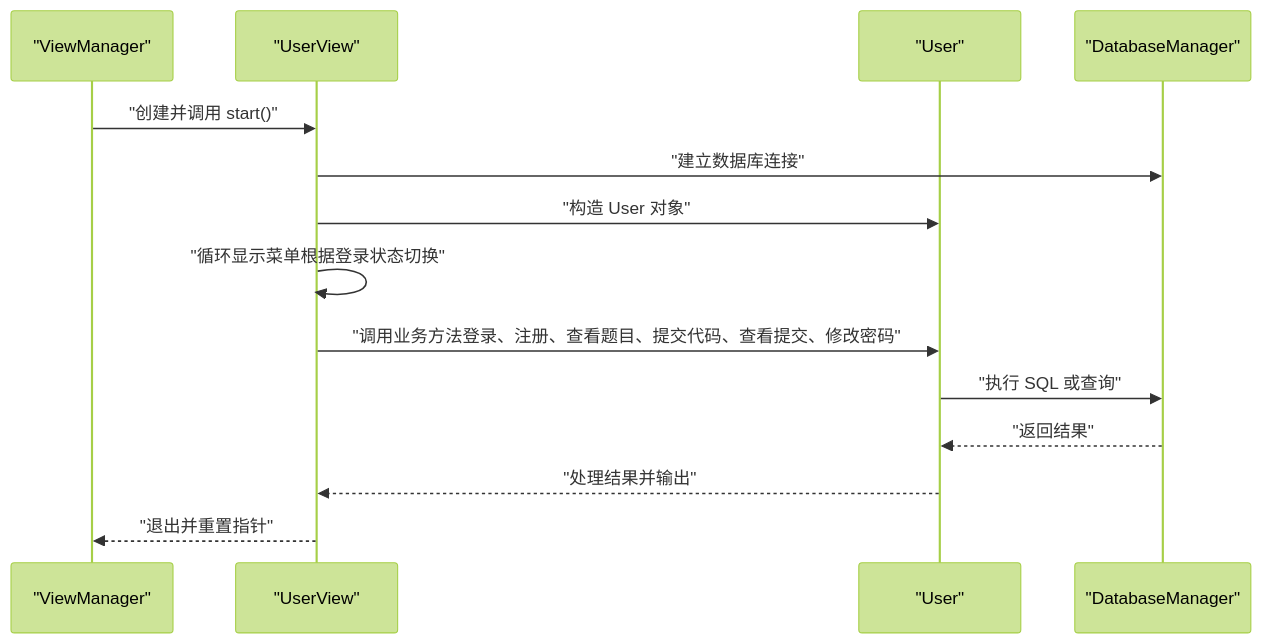
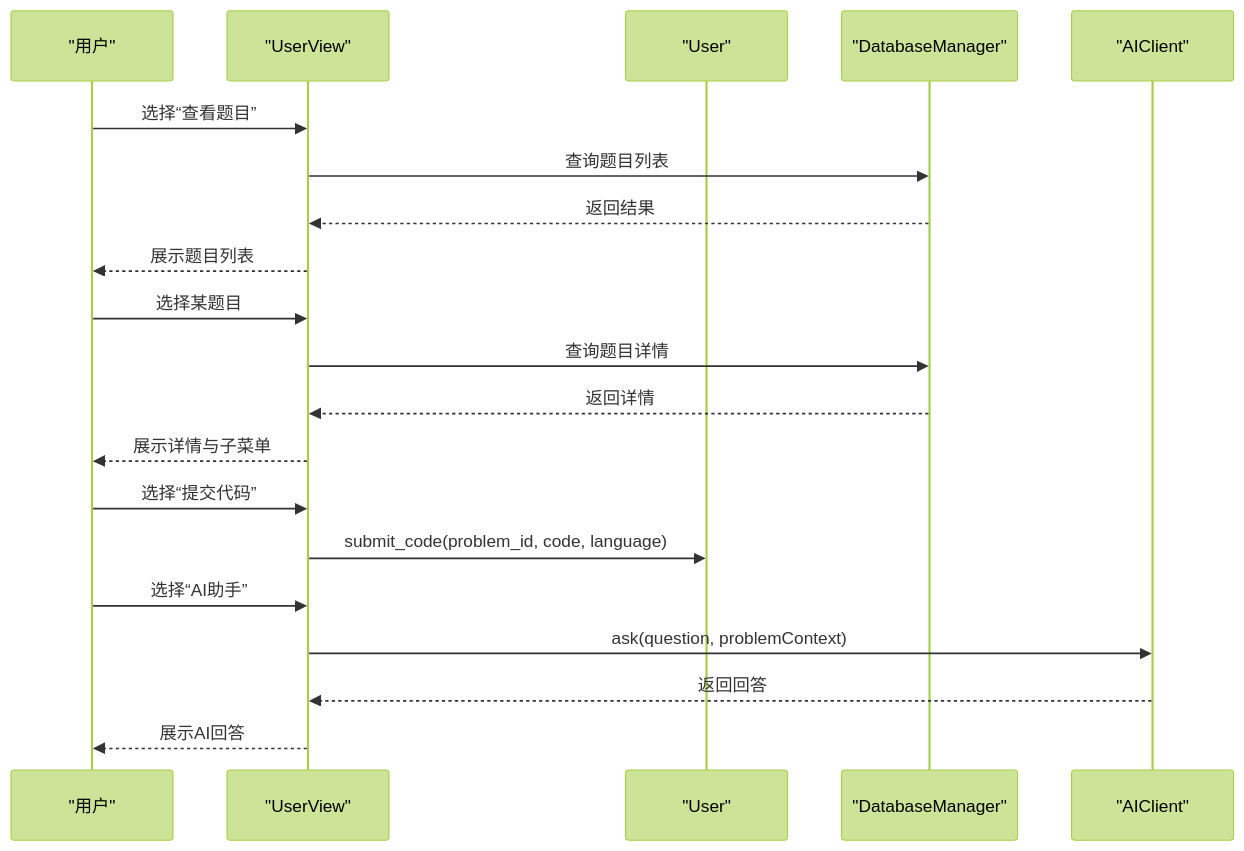
The fifth of 9 diagrams in .qoder/repowiki/zh/content/系统架构设计/整体架构概览.md (jinpeng900/OJ-Test), drawn with Mermaid (forest theme) before and after one commit. The commit also changed other lines of this file and 65 other files, not shown here.

````diff
--- a/.qoder/repowiki/zh/content/系统架构设计/整体架构概览.md
+++ b/.qoder/repowiki/zh/content/系统架构设计/整体架构概览.md
@@ -260,16 +246,22 @@
 ```mermaid
 sequenceDiagram
-participant VM as "ViewManager"
+participant U as "用户"
 participant UV as "UserView"
-participant USR as "User"
+participant US as "User"
 participant DB as "DatabaseManager"
-VM->>UV : "创建并调用 start()"
-UV->>DB : "建立数据库连接"
-UV->>USR : "构造 User 对象"
-UV->>UV : "循环显示菜单根据登录状态切换"
-UV->>USR : "调用业务方法登录、注册、查看题目、提交代码、查看提交、修改密码"
-USR->>DB : "执行 SQL 或查询"
-DB-->>USR : "返回结果"
-USR-->>UV : "处理结果并输出"
-UV-->>VM : "退出并重置指针"
+participant AI as "AIClient"
+U->>UV : 选择“查看题目”
+UV->>DB : 查询题目列表
+DB-->>UV : 返回结果
+UV-->>U : 展示题目列表
+U->>UV : 选择某题目
+UV->>DB : 查询题目详情
+DB-->>UV : 返回详情
+UV-->>U : 展示详情与子菜单
+U->>UV : 选择“提交代码”
+UV->>US : submit_code(problem_id, code, language)
+U->>UV : 选择“AI助手”
+UV->>AI : ask(question, problemContext)
+AI-->>UV : 返回回答
+UV-->>U : 展示AI回答
 ```
````
